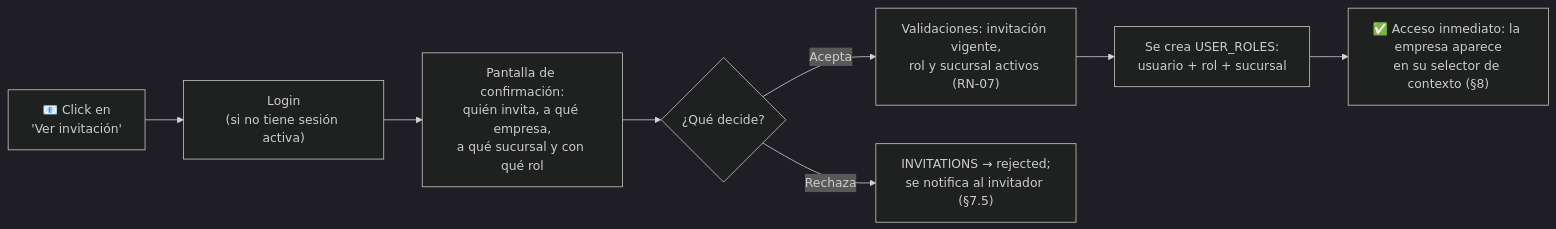
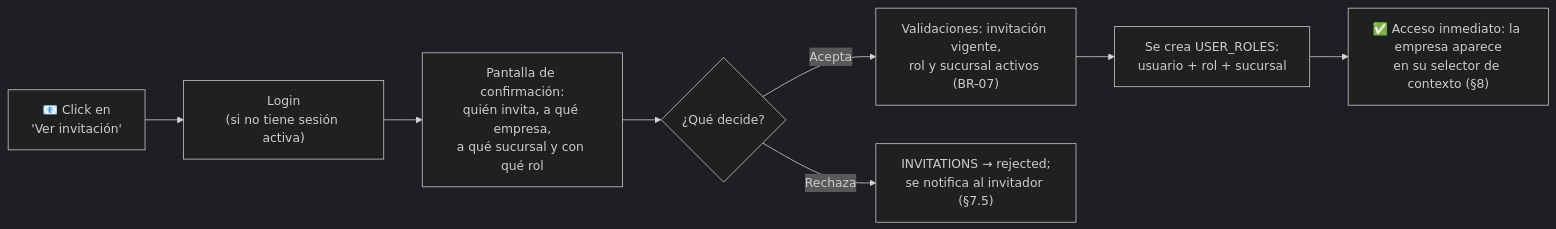
Before and after one commit to Franco98404/database-guidelines: the tenth of 15 diagrams in database-guidelines.md, drawn with Mermaid (dark theme). The commit also changed other lines of this file, not shown here.

````diff
--- a/database-guidelines.md
+++ b/database-guidelines.md
@@ -596,10 +598,10 @@
 ```mermaid
 flowchart LR
     A["📧 Click en<br/>'Ver invitación'"] --> B["Login<br/>(si no tiene sesión activa)"]
     B --> C["Pantalla de confirmación:<br/>quién invita, a qué empresa,<br/>a qué sucursal y con qué rol"]
     C --> D{"¿Qué decide?"}
-    D -- "Acepta" --> E["Validaciones: invitación vigente,<br/>rol y sucursal activos (RN-07)"]
+    D -- "Acepta" --> E["Validaciones: invitación vigente,<br/>rol y sucursal activos (BR-07)"]
     E --> F["Se crea USER_ROLES:<br/>usuario + rol + sucursal"]
     F --> G["✅ Acceso inmediato: la empresa aparece<br/>en su selector de contexto (§8)"]
     D -- "Rechaza" --> H["INVITATIONS → rejected;<br/>se notifica al invitador (§7.5)"]
 ```
````
